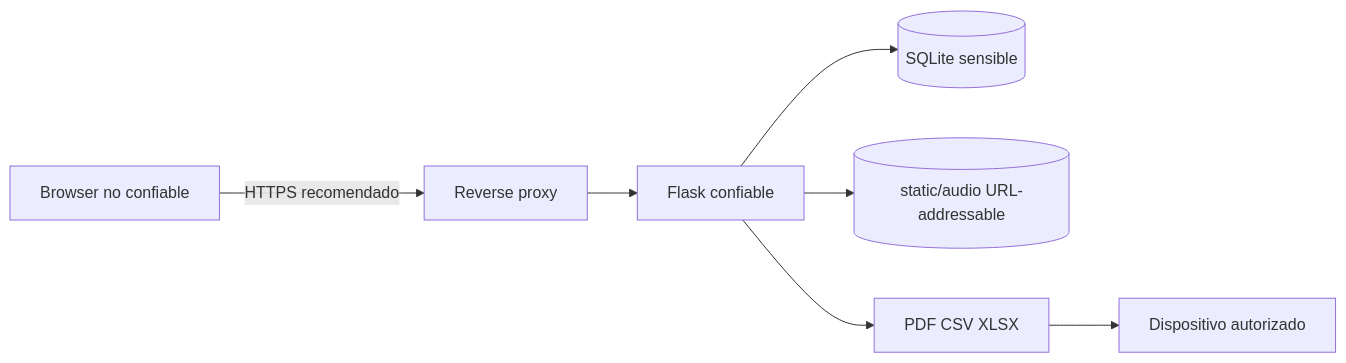
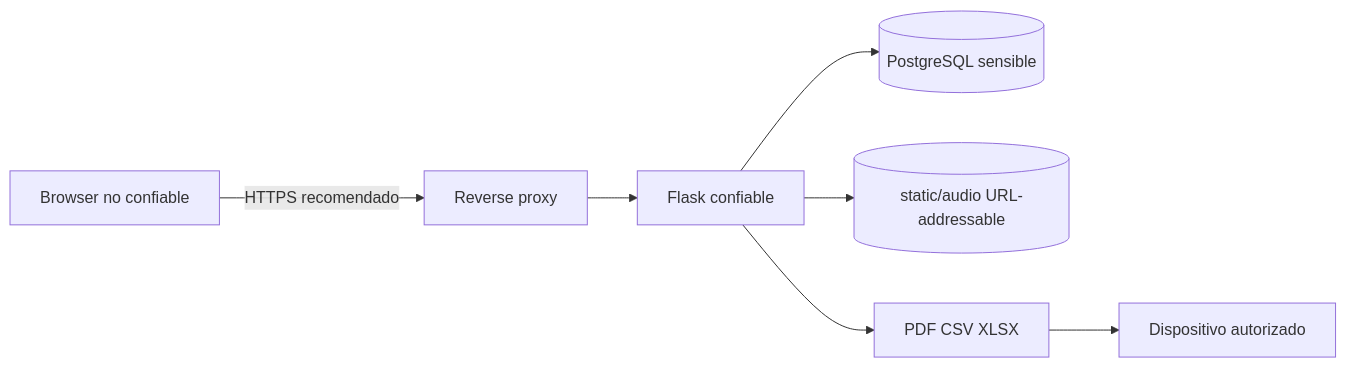
One commit to avismael/AssesStudio changed the first of 2 diagrams in docs/07-security-privacy.md. Above: the diagram before and after it, drawn with Mermaid. The commit also changed other lines of this file and 56 other files, not shown here.

````diff
--- a/docs/07-security-privacy.md
+++ b/docs/07-security-privacy.md
@@ -20,9 +20,9 @@
 ```mermaid
 flowchart LR
     Internet[Browser no confiable] -->|HTTPS recomendado| Proxy[Reverse proxy]
     Proxy --> App[Flask confiable]
-    App --> DB[(SQLite sensible)]
+    App --> DB[(PostgreSQL sensible)]
     App --> Audio[(static/audio URL-addressable)]
     App --> Export[PDF CSV XLSX]
     Export --> User[Dispositivo autorizado]
 ```
````
